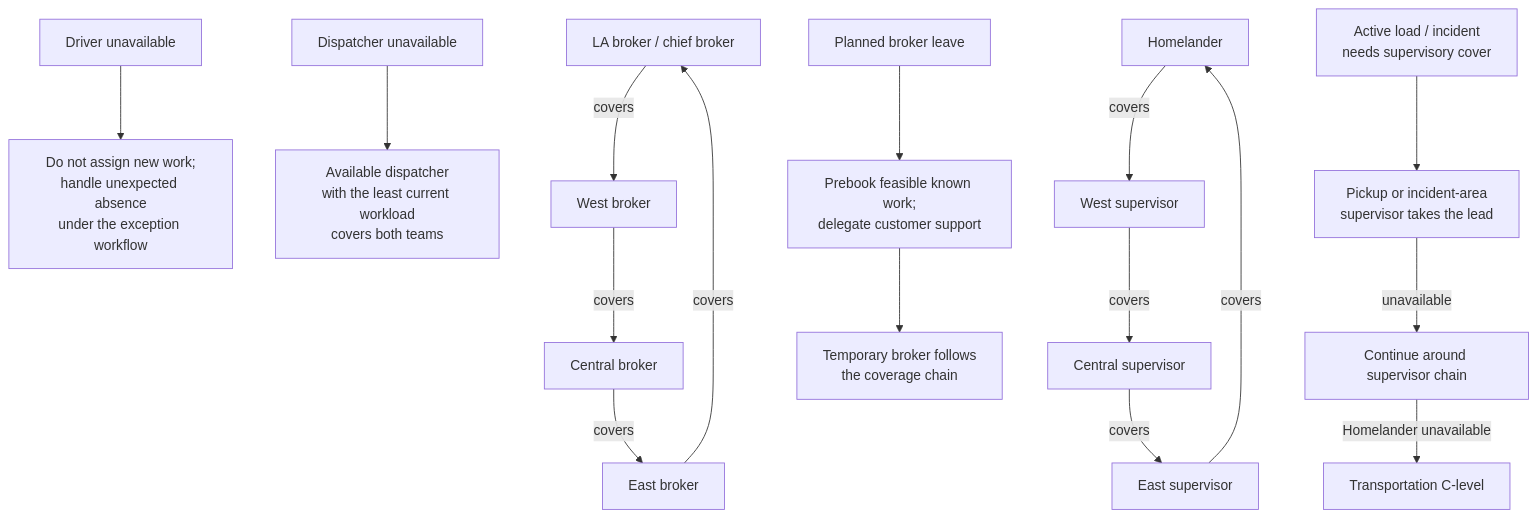
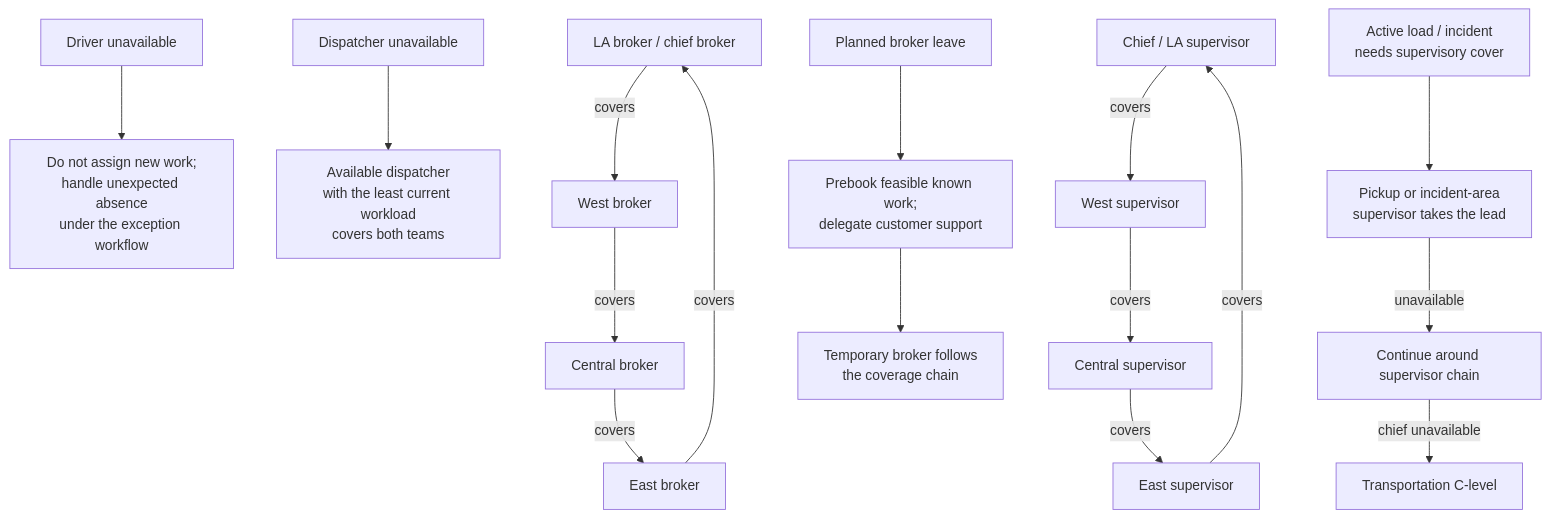
Before and after one commit to funnyMans/Node.js_Boilerplate: the second of 2 diagrams in docs/trucking/RESPONSIBILITIES.md, drawn with Mermaid. The commit also changed other lines of this file and 5 other files, not shown here.

````diff
--- a/docs/trucking/RESPONSIBILITIES.md
+++ b/docs/trucking/RESPONSIBILITIES.md
@@ -84,20 +108,20 @@
 ```mermaid
 flowchart TD
     Driver["Driver unavailable"] --> DriverRule["Do not assign new work;<br/>handle unexpected absence<br/>under the exception workflow"]
     Dispatcher["Dispatcher unavailable"] --> DispatchRule["Available dispatcher<br/>with the least current workload<br/>covers both teams"]
 
     LA["LA broker / chief broker"] -->|covers| WestB["West broker"]
     WestB -->|covers| CentralB["Central broker"]
     CentralB -->|covers| EastB["East broker"]
     EastB -->|covers| LA
     BrokerLeave["Planned broker leave"] --> Prebook["Prebook feasible known work;<br/>delegate customer support"]
     Prebook --> BrokerChain["Temporary broker follows<br/>the coverage chain"]
 
-    Homelander["Homelander"] -->|covers| West["West supervisor"]
+    Chief["Chief / LA supervisor"] -->|covers| West["West supervisor"]
     West -->|covers| Central["Central supervisor"]
     Central -->|covers| East["East supervisor"]
-    East -->|covers| Homelander
+    East -->|covers| Chief
     Active["Active load / incident<br/>needs supervisory cover"] --> IncidentArea["Pickup or incident-area<br/>supervisor takes the lead"]
     IncidentArea -->|unavailable| Chain["Continue around supervisor chain"]
-    Chain -->|Homelander unavailable| Executive["Transportation C-level"]
+    Chain -->|chief unavailable| Executive["Transportation C-level"]
 ```
````
